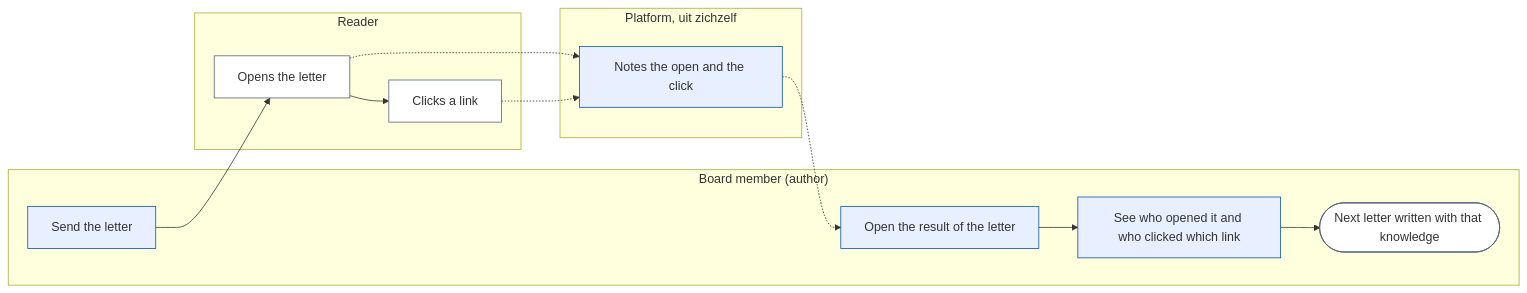
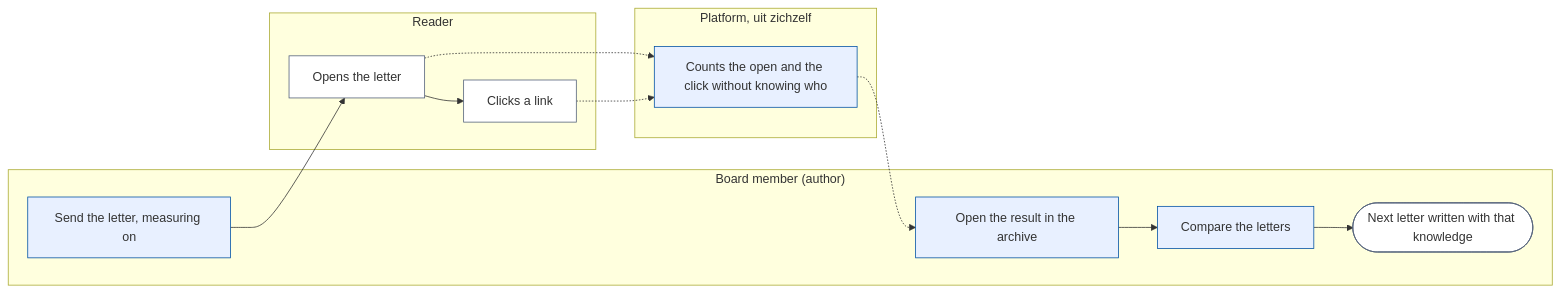
The second of 2 diagrams in docs/change_request_37_newsletter_opens_and_clicks.md (KoenRenders/KoenTest), drawn with Mermaid before and after one commit. The commit also changed other lines of this file, not shown here.

First line of the commit message:
docs(cr-37): anonymous counting instead of per person — a code that is stored nowhere, day only, no who-list (Koen)

````diff
--- a/docs/change_request_37_newsletter_opens_and_clicks.md
+++ b/docs/change_request_37_newsletter_opens_and_clicks.md
@@ -43,24 +43,24 @@
 ```mermaid
 flowchart LR
   subgraph author["Board member (author)"]
-    b1[Send the letter]:::tool
-    b2[Open the result of the letter]:::tool
-    b3[See who opened it and who clicked which link]:::tool
+    b1[Send the letter, measuring on]:::tool
+    b2[Open the result in the archive]:::tool
+    b3[Compare the letters]:::tool
     s([Next letter written with that knowledge]):::done
   end
   subgraph reader["Reader"]
     r1[Opens the letter]:::hand
     r2[Clicks a link]:::hand
   end
   subgraph plat["Platform, uit zichzelf"]
-    p1[Notes the open and the click]:::tool
+    p1[Counts the open and the click without knowing who]:::tool
   end
   b1 --> r1 --> r2
   r1 -.-> p1
   r2 -.-> p1
   p1 -.-> b2
   b2 --> b3 --> s
   classDef hand fill:#ffffff,stroke:#52607a
   classDef tool fill:#e8f0ff,stroke:#0051a4
   classDef done fill:#ffffff,stroke:#52607a
 ```
````
